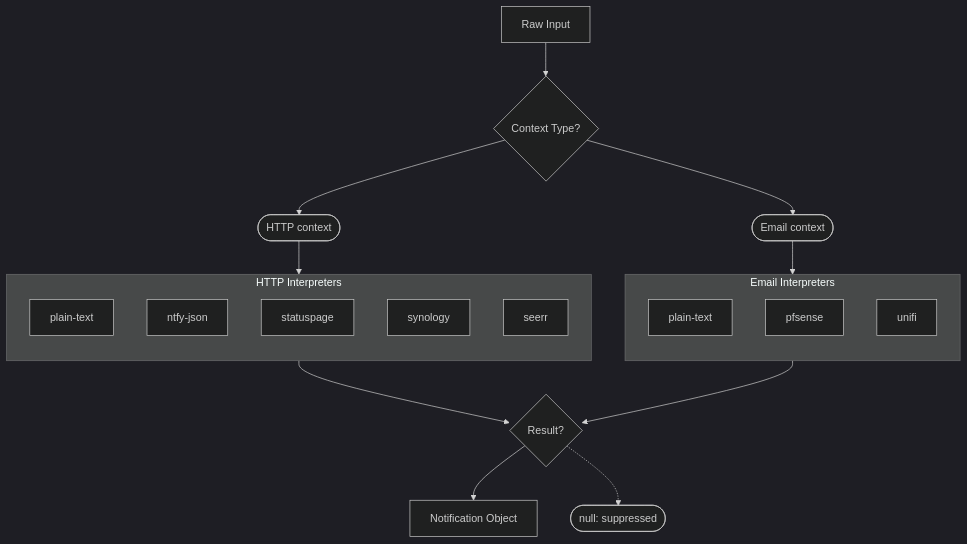
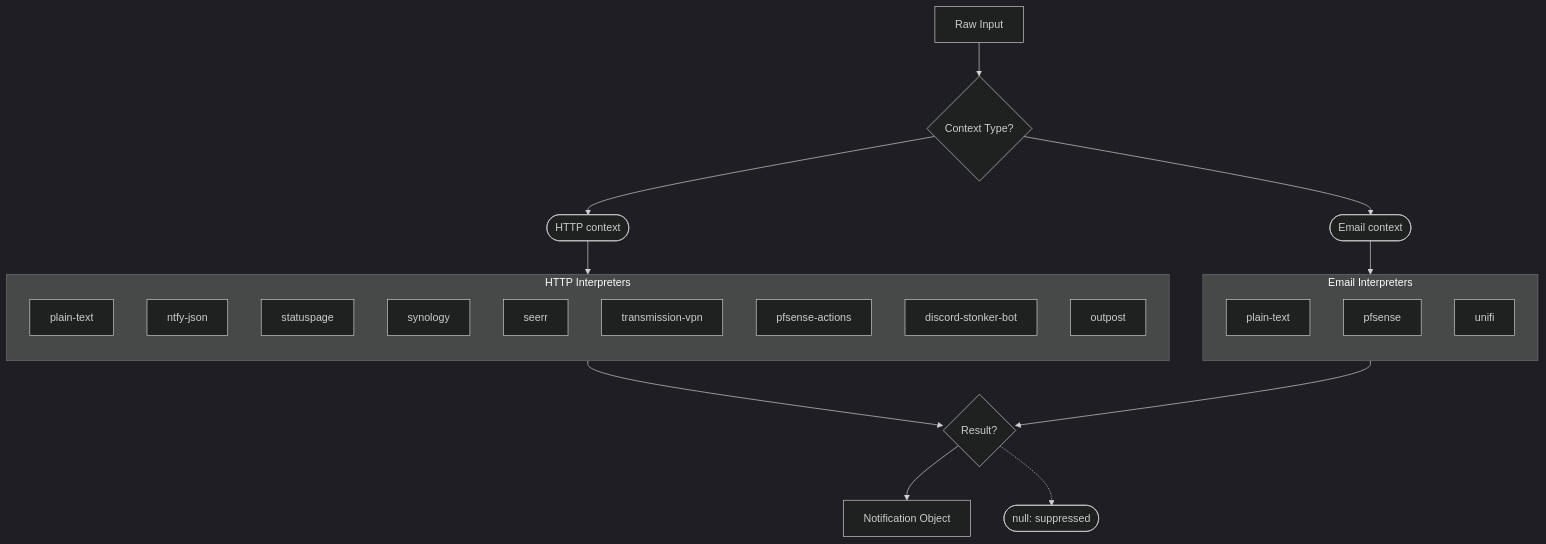
The diagram in apps/docs/docs/interpreters/overview.mdx (cbnventures/ntfy-reverse-proxy), drawn with Mermaid (dark theme) before and after one commit. The commit also changed other lines of this file and 137 other files, not shown here.

````diff
--- a/apps/docs/docs/interpreters/overview.mdx
+++ b/apps/docs/docs/interpreters/overview.mdx
@@ -22,32 +22,36 @@
 ```mermaid
 flowchart TD
     Input[Raw Input] --> Detect{Context Type?}
 
     Detect --> HTTP(["HTTP context"]):::muted
     Detect --> Email(["Email context"]):::muted
 
     subgraph HTTPInterpreters [HTTP Interpreters]
         direction TB
         PlainText1[plain-text]
         NtfyJson[ntfy-json]
         Statuspage[statuspage]
         Synology[synology]
         Seerr[seerr]
+        TransmissionVpn[transmission-vpn]
+        PfsenseActions[pfsense-actions]
+        DiscordStonkerBot[discord-stonker-bot]
+        Outpost[outpost]
     end
 
     subgraph EmailInterpreters [Email Interpreters]
         direction TB
         PlainText2[plain-text]
         PfSense[pfsense]
         UniFi[unifi]
     end
 
     HTTP --> HTTPInterpreters
     Email --> EmailInterpreters
 
     HTTPInterpreters --> Result{Result?}
     EmailInterpreters --> Result
 
     Result --> Notification[Notification Object]
     Result -.-> Suppressed(["null: suppressed"]):::muted
 ```
````
